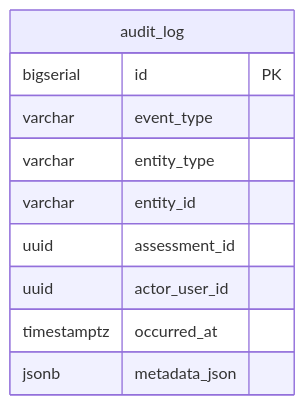
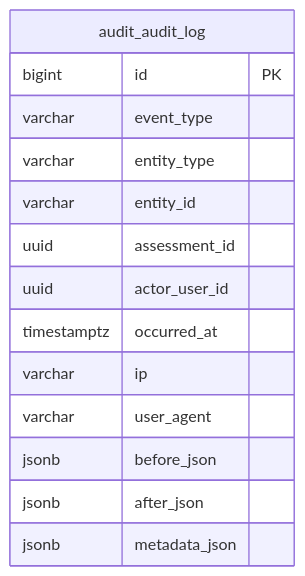
One commit to jdtovar07/MSPI_NVA_CO_DOCS changed the eighth of 9 diagrams in Documentacion-General/Modelo-Datos-MER.md. Above: the diagram before and after it, drawn with Mermaid. The commit also changed other lines of this file, not shown here.

Commit message:
docs(mer): complete per-schema ER diagrams with all 73 tables, columns and cross-schema references

````diff
--- a/Documentacion-General/Modelo-Datos-MER.md
+++ b/Documentacion-General/Modelo-Datos-MER.md
@@ -350,13 +1239,17 @@
 ```mermaid
 erDiagram
-  audit_log {
-    bigserial id PK
+  audit_audit_log {
+    bigint id PK
     varchar event_type
     varchar entity_type
     varchar entity_id
     uuid assessment_id
     uuid actor_user_id
     timestamptz occurred_at
+    varchar ip
+    varchar user_agent
+    jsonb before_json
+    jsonb after_json
     jsonb metadata_json
   }
 ```
````
